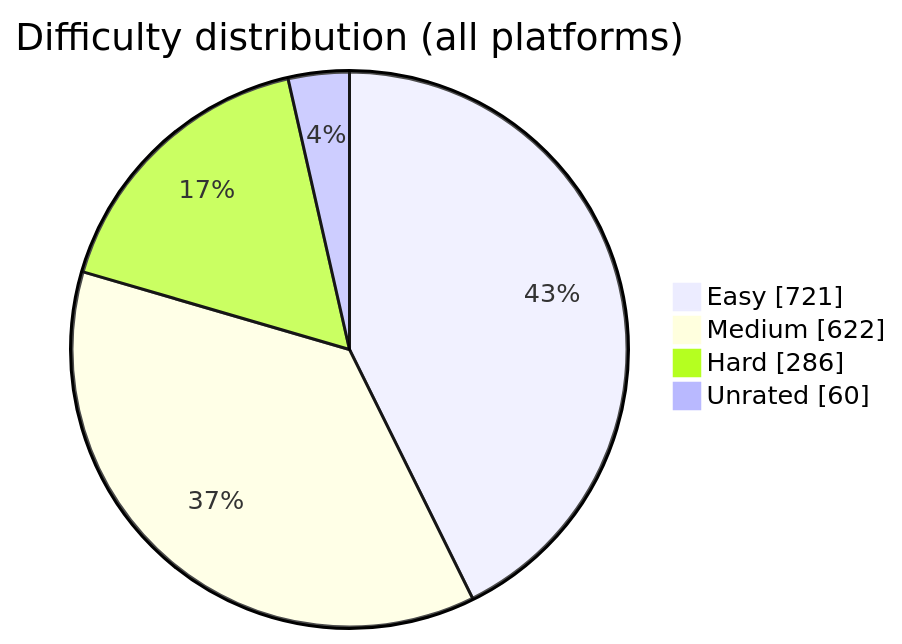
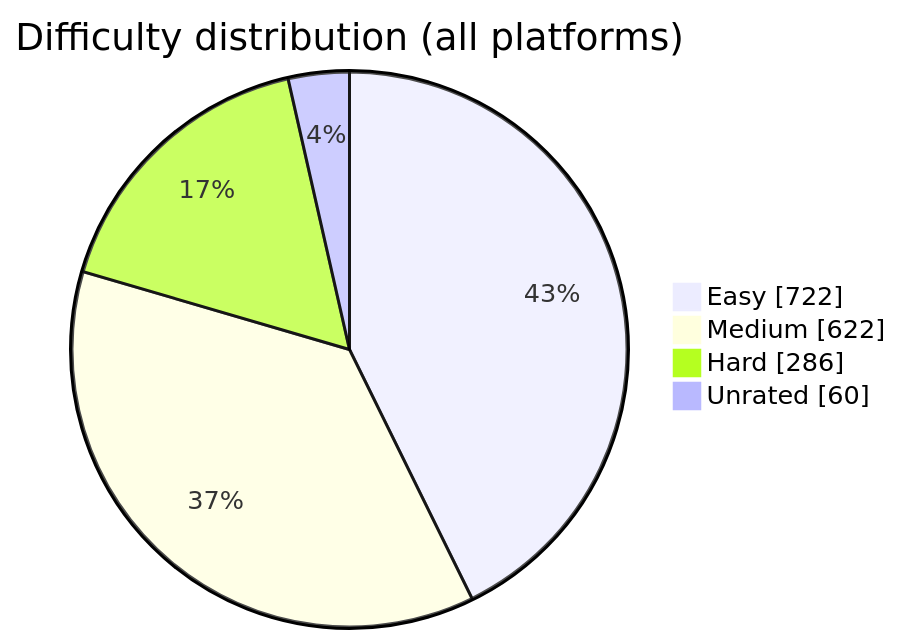
One commit to BuildbyArindam/Daily-Coding-Log changed the diagram in README.md. Above: the diagram before and after it, drawn with Mermaid. The commit also changed other lines of this file, not shown here.

````diff
--- a/README.md
+++ b/README.md
@@ -93,7 +93,7 @@
 ```mermaid
 pie showData title Difficulty distribution (all platforms)
-    "Easy" : 721
+    "Easy" : 722
     "Medium" : 622
     "Hard" : 286
     "Unrated" : 60
 ```
````
